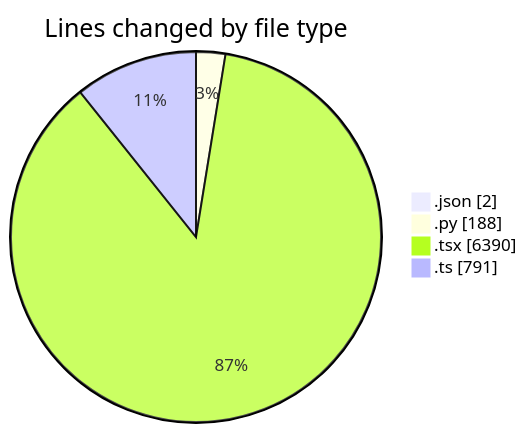
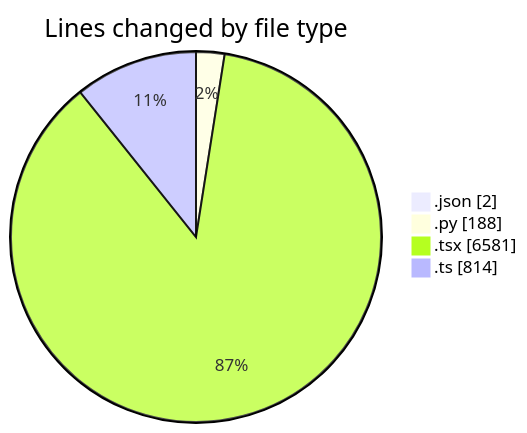
Before and after one commit to julien-gomy/code-tracking: the first of 2 diagrams in 2025-10-06/eventscop-frontend-guide__workspace_/README.md, drawn with Mermaid. The commit also changed other lines of this file and 1 other file, not shown here.

````diff
--- a/2025-10-06/eventscop-frontend-guide__workspace_/README.md
+++ b/2025-10-06/eventscop-frontend-guide__workspace_/README.md
@@ -59,8 +60,8 @@
 ```mermaid
 pie showData
 title Lines changed by file type
 ".json" : 2
 ".py" : 188
-".tsx" : 6390
-".ts" : 791
+".tsx" : 6581
+".ts" : 814
 ```
````
